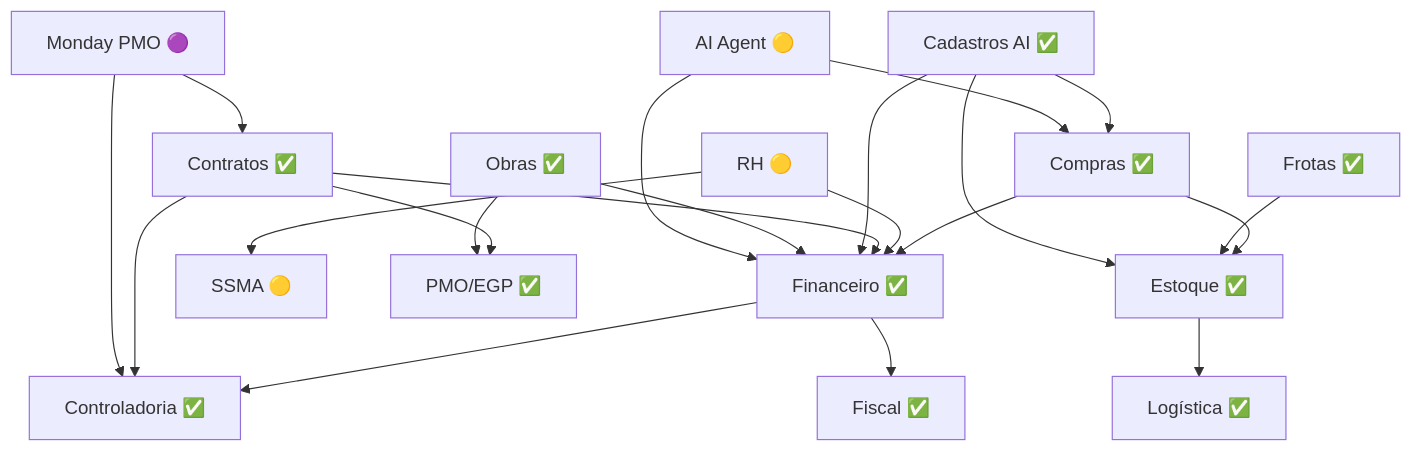
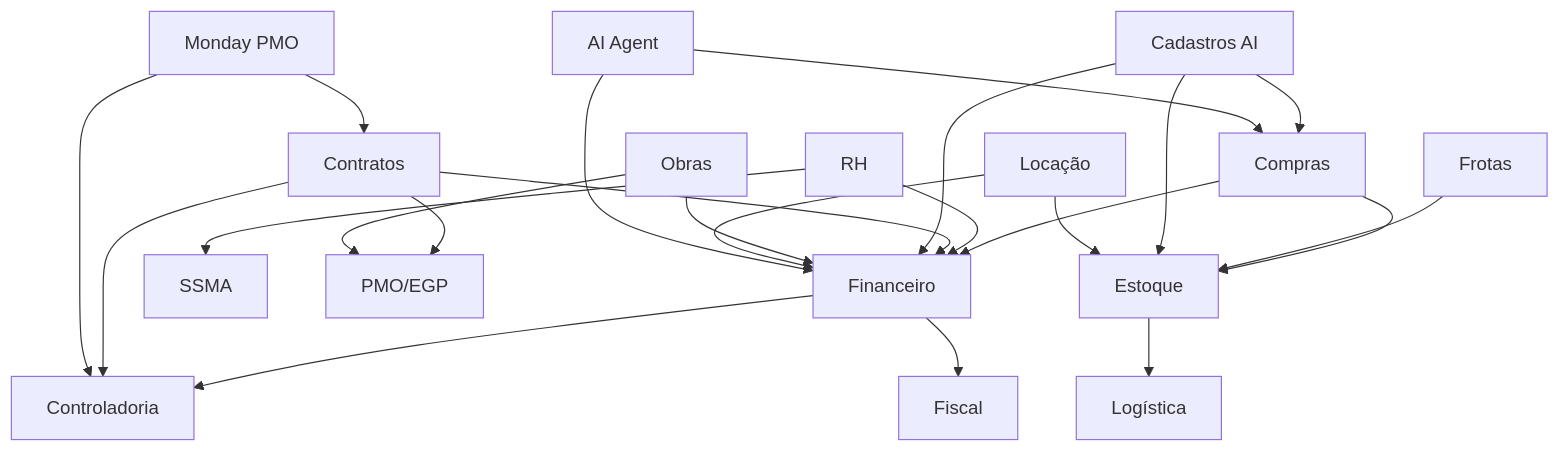
Before and after one commit to leandroteg/teg-plus: the second of 2 diagrams in docs/obsidian/17 - Roadmap.md, drawn with Mermaid. The commit also changed other lines of this file and 23 other files, not shown here.

````diff
--- a/docs/obsidian/17 - Roadmap.md
+++ b/docs/obsidian/17 - Roadmap.md
@@ -310,23 +252,25 @@
 ```mermaid
 graph TD
-    COMP[Compras ✅] --> FIN[Financeiro ✅]
-    COMP --> EST[Estoque ✅]
-    FIN --> CTRL[Controladoria ✅]
-    FIN --> FIS[Fiscal ✅]
-    EST --> LOG[Logística ✅]
-    RH[RH 🟡] --> FIN
-    RH --> SSMA[SSMA 🟡]
-    CONT[Contratos ✅] --> FIN
+    COMP[Compras] --> FIN[Financeiro]
+    COMP --> EST[Estoque]
+    FIN --> CTRL[Controladoria]
+    FIN --> FIS[Fiscal]
+    EST --> LOG[Logística]
+    RH[RH] --> FIN
+    RH --> SSMA[SSMA]
+    CONT[Contratos] --> FIN
     CONT --> CTRL
-    CONT --> PMO[PMO/EGP ✅]
-    FROT[Frotas ✅] --> EST
-    CAD[Cadastros AI ✅] --> COMP
+    CONT --> PMO[PMO/EGP]
+    FROT[Frotas] --> EST
+    CAD[Cadastros AI] --> COMP
     CAD --> FIN
     CAD --> EST
-    OBR[Obras ✅] --> PMO
+    OBR[Obras] --> PMO
     OBR --> FIN
-    AI[AI Agent 🟡] --> COMP
+    LOC[Locação] --> FIN
+    LOC --> EST
+    AI[AI Agent] --> COMP
     AI --> FIN
-    MON[Monday PMO 🟣] --> CONT
+    MON[Monday PMO] --> CONT
     MON --> CTRL
 ```
````
